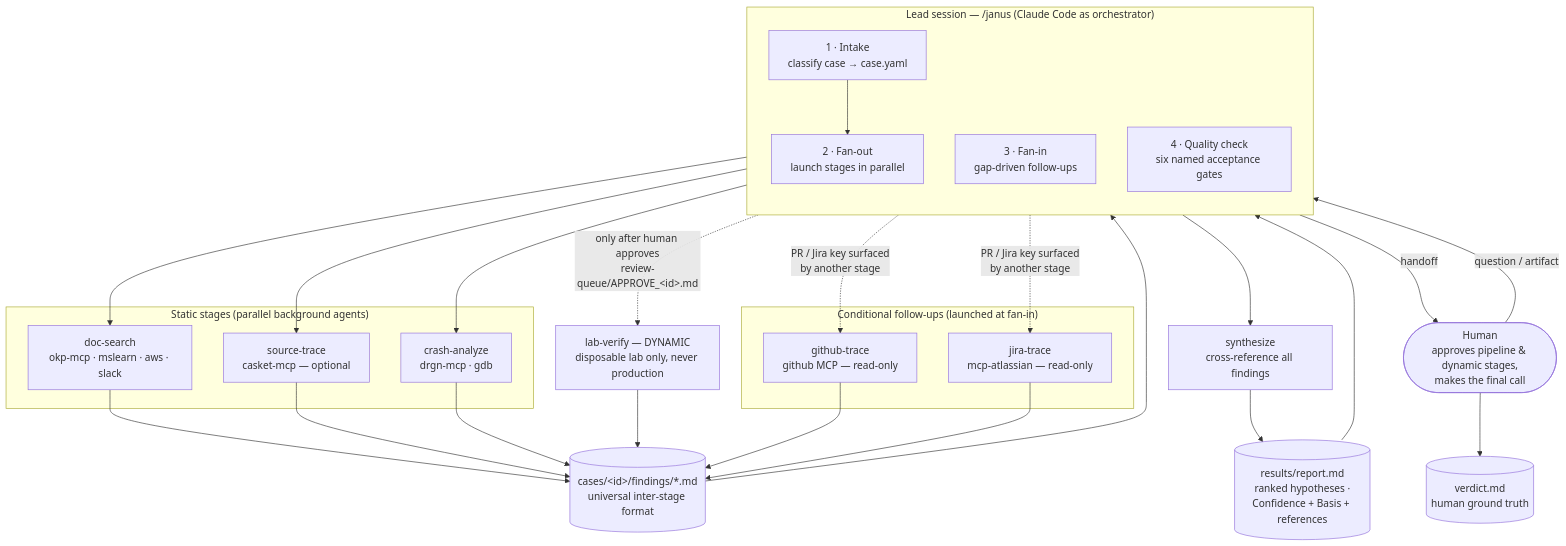
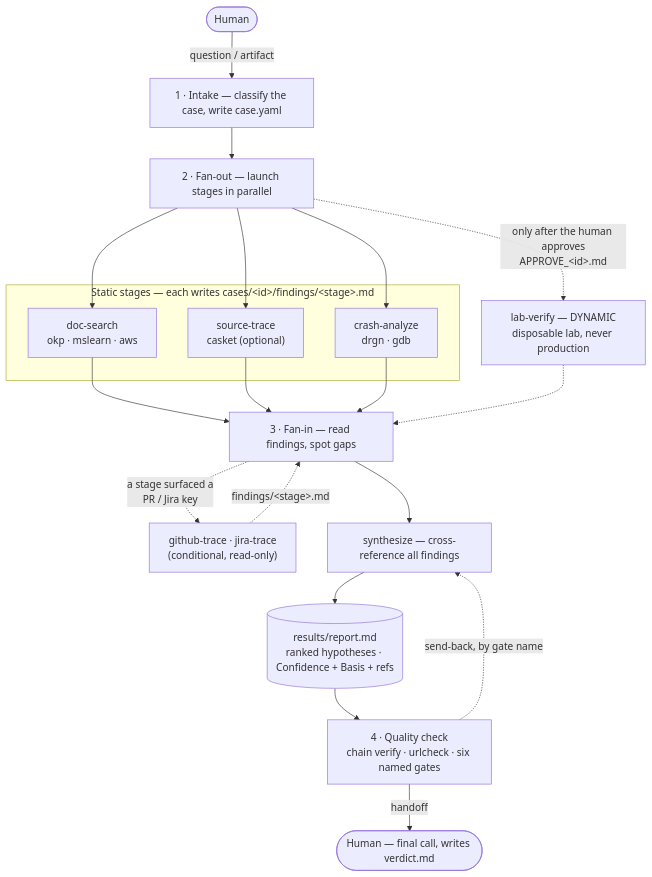
One commit to nogunix/janus changed the first of 2 diagrams in README.md. Above: the diagram before and after it, drawn with Mermaid.

Commit message:
readme: untangle the case-flow diagram
Linear top-to-bottom spine (intake → fan-out → stages → fan-in →
synthesize → report → quality check), separate entry/exit Human nodes
instead of long return edges, stages laid out side by side, and the
quality-check node now names the chain verify / urlcheck pre-checks.

````diff
--- a/README.md
+++ b/README.md
@@ -31,45 +31,32 @@
 ```mermaid
-flowchart TB
-    human(["Human<br/>approves pipeline & dynamic stages,<br/>makes the final call"])
+flowchart TD
+    human(["Human"]) -->|"question / artifact"| intake
 
-    subgraph lead["Lead session — /janus (Claude Code as orchestrator)"]
-        direction TB
-        intake["1&nbsp;· Intake<br/>classify case → case.yaml"]
-        fanout["2&nbsp;· Fan-out<br/>launch stages in parallel"]
-        fanin["3&nbsp;· Fan-in<br/>gap-driven follow-ups"]
-        qc["4&nbsp;· Quality check<br/>six named acceptance gates"]
+    intake["1&nbsp;· Intake — classify the case, write case.yaml"] --> fanout
+    fanout["2&nbsp;· Fan-out — launch stages in parallel"]
+
+    subgraph stages["Static stages — each writes cases/&lt;id&gt;/findings/&lt;stage&gt;.md"]
+        ds["doc-search<br/>okp · mslearn · aws"]
+        st["source-trace<br/>casket (optional)"]
+        ca["crash-analyze<br/>drgn · gdb"]
     end
 
-    subgraph stages["Static stages (parallel background agents)"]
-        ds["doc-search<br/>okp-mcp · mslearn · aws · slack"]
-        st["source-trace<br/>casket-mcp — optional"]
-        ca["crash-analyze<br/>drgn-mcp · gdb"]
-    end
+    lv["lab-verify — DYNAMIC<br/>disposable lab, never production"]
 
-    subgraph followup["Conditional follow-ups (launched at fan-in)"]
-        gt["github-trace<br/>github MCP — read-only"]
-        jt["jira-trace<br/>mcp-atlassian — read-only"]
-    end
+    fanout --> ds & st & ca
+    fanout -.->|"only after the human approves<br/>APPROVE_&lt;id&gt;.md"| lv
 
-    lv["lab-verify — DYNAMIC<br/>disposable lab only, never production"]
+    ds & st & ca --> fanin
+    lv -.-> fanin
+    fanin["3&nbsp;· Fan-in — read findings, spot gaps"]
 
-    syn["synthesize<br/>cross-reference all findings"]
+    follow["github-trace · jira-trace<br/>(conditional, read-only)"]
+    fanin -.->|"a stage surfaced a<br/>PR / Jira key"| follow
+    follow -.->|"findings/&lt;stage&gt;.md"| fanin
 
-    findings[("cases/&lt;id&gt;/findings/*.md<br/>universal inter-stage format")]
-    report[("results/report.md<br/>ranked hypotheses ·<br/>Confidence + Basis + references")]
-    verdict[("verdict.md<br/>human ground truth")]
-
-    human -->|"question / artifact"| intake
-    intake --> fanout
-    fanout --> ds & st & ca
-    fanout -.->|"only after human approves<br/>review-queue/APPROVE_&lt;id&gt;.md"| lv
-    ds & st & ca & lv --> findings
-    findings --> fanin
-    fanin -.->|"PR / Jira key surfaced<br/>by another stage"| gt & jt
-    gt & jt --> findings
-    fanin --> syn
-    syn --> report
-    report --> qc
-    qc -->|"handoff"| human
-    human --> verdict
+    fanin --> syn["synthesize — cross-reference all findings"]
+    syn --> report[("results/report.md<br/>ranked hypotheses · Confidence + Basis + refs")]
+    report --> qc["4&nbsp;· Quality check<br/>chain verify · urlcheck · six named gates"]
+    qc -.->|"send-back, by gate name"| syn
+    qc -->|"handoff"| human2(["Human — final call, writes verdict.md"])
 ```
````
